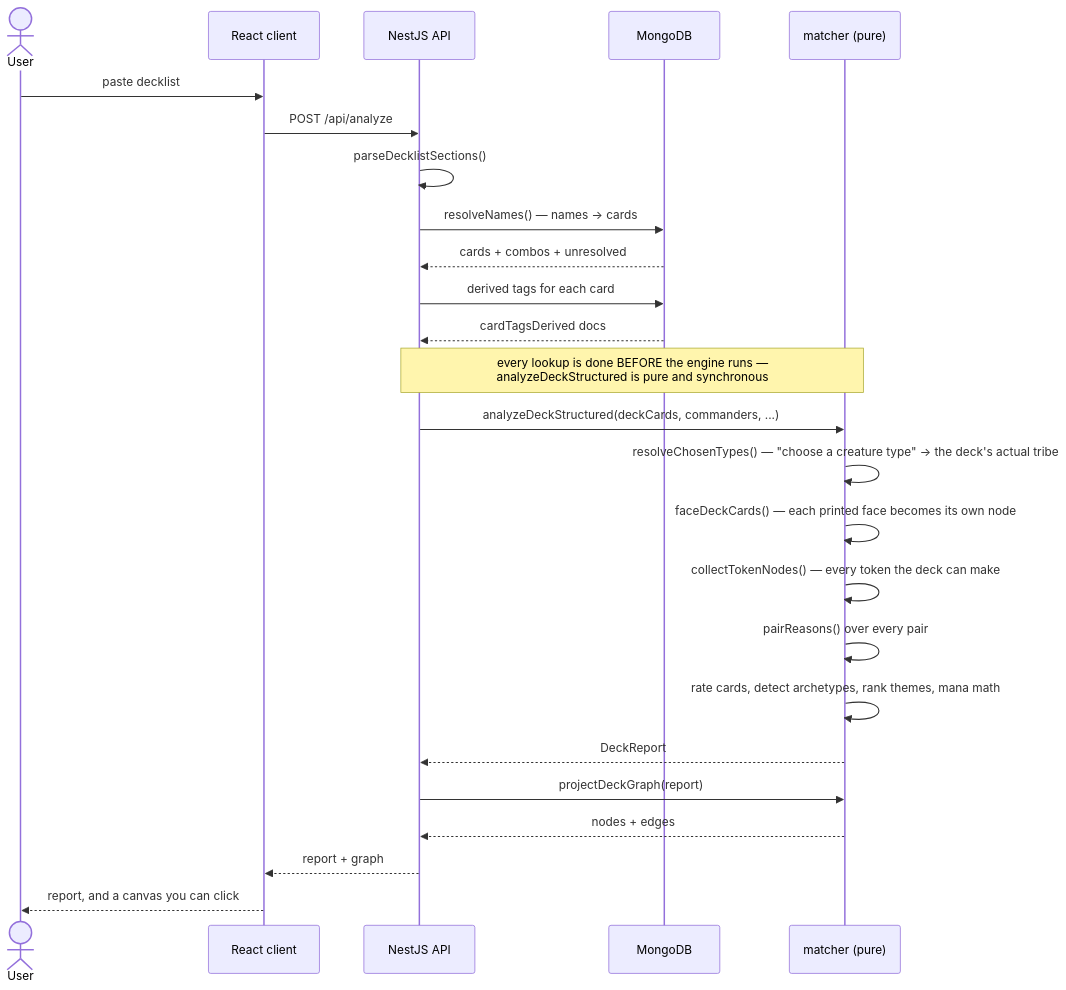
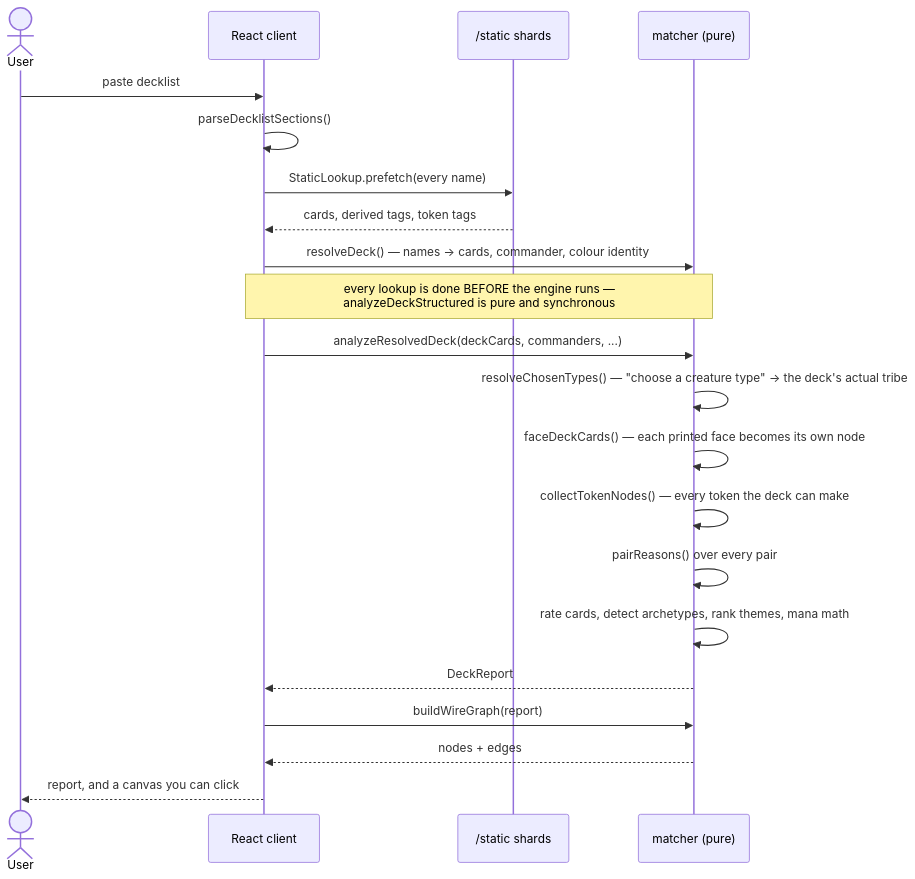
Before and after one commit to SetsudanHana/edh-seer: the third of 4 diagrams in docs/HOW-IT-WORKS.md, drawn with Mermaid. The commit also changed other lines of this file and 44 other files, not shown here.

First line of the commit message:
Drop the NestJS server: one analysis pipeline, and every package ESM (#472)

````diff
--- a/docs/HOW-IT-WORKS.md
+++ b/docs/HOW-IT-WORKS.md
@@ -253,31 +252,27 @@
 ```mermaid
 sequenceDiagram
     actor User
     participant UI as React client
-    participant API as NestJS API
-    participant DB as MongoDB
+    participant S as /static shards
     participant M as matcher (pure)
 
     User->>UI: paste decklist
-    UI->>API: POST /api/analyze
-    API->>API: parseDecklistSections()
-    API->>DB: resolveNames() — names → cards
-    DB-->>API: cards + combos + unresolved
-    API->>DB: derived tags for each card
-    DB-->>API: cardTagsDerived docs
+    UI->>UI: parseDecklistSections()
+    UI->>S: StaticLookup.prefetch(every name)
+    S-->>UI: cards, derived tags, token tags
+    UI->>M: resolveDeck() — names → cards, commander, colour identity
 
-    Note over API,M: every lookup is done BEFORE the engine runs —<br/>analyzeDeckStructured is pure and synchronous
-    API->>M: analyzeDeckStructured(deckCards, commanders, ...)
+    Note over UI,M: every lookup is done BEFORE the engine runs —<br/>analyzeDeckStructured is pure and synchronous
+    UI->>M: analyzeResolvedDeck(deckCards, commanders, ...)
 
     M->>M: resolveChosenTypes() — "choose a creature type" → the deck's actual tribe
     M->>M: faceDeckCards() — each printed face becomes its own node
     M->>M: collectTokenNodes() — every token the deck can make
     M->>M: pairReasons() over every pair
     M->>M: rate cards, detect archetypes, rank themes, mana math
-    M-->>API: DeckReport
+    M-->>UI: DeckReport
 
-    API->>M: projectDeckGraph(report)
-    M-->>API: nodes + edges
-    API-->>UI: report + graph
+    UI->>M: buildWireGraph(report)
+    M-->>UI: nodes + edges
     UI-->>User: report, and a canvas you can click
 ```
````
